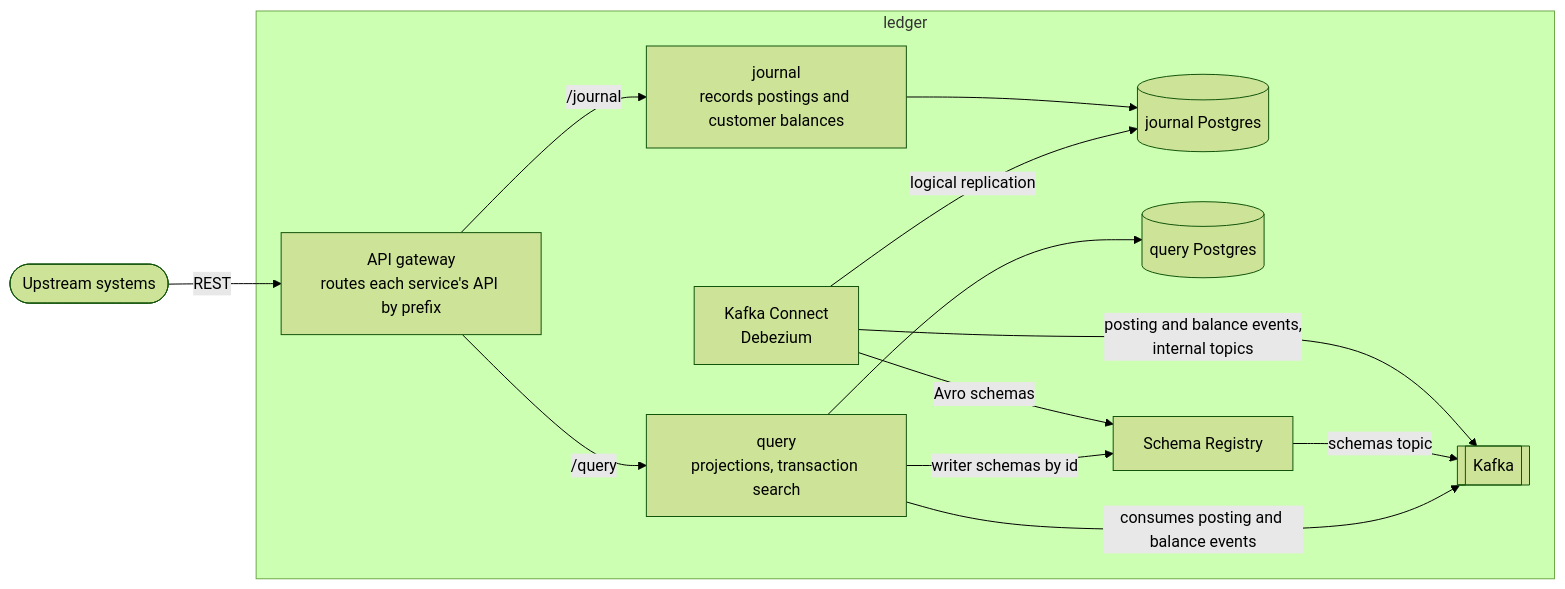
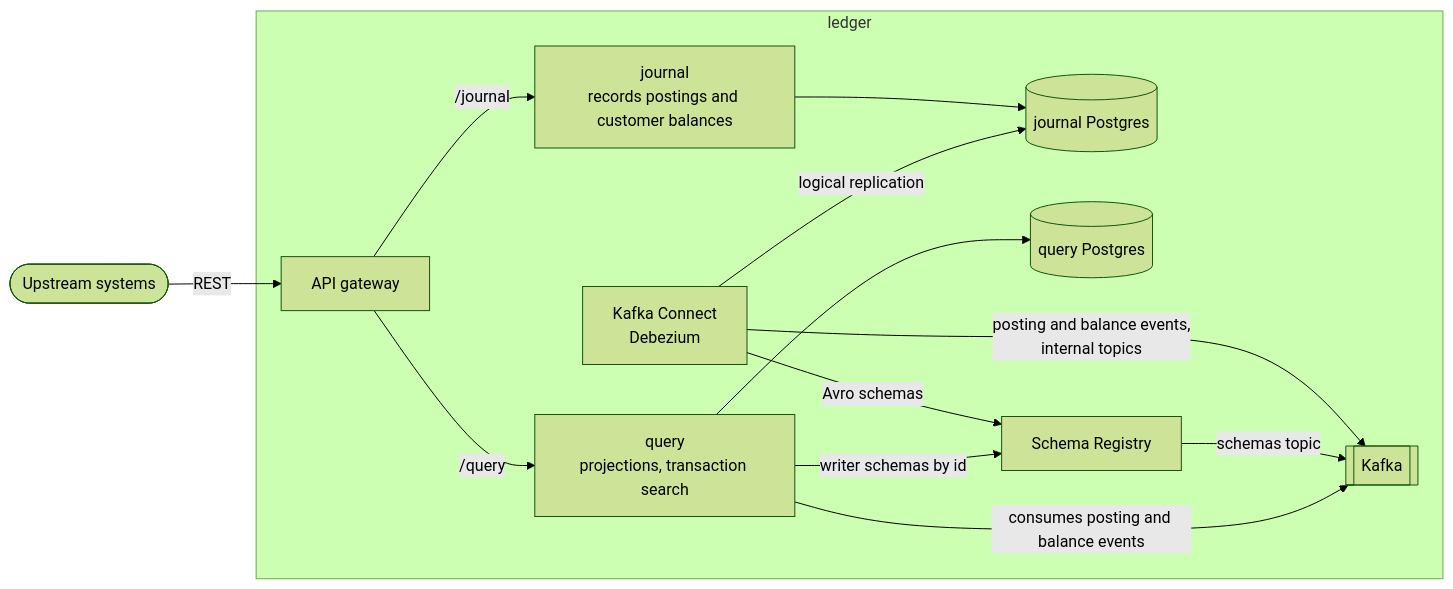
One commit to apulbere/ledger changed the diagram in docs/architecture/containers.md. Above: the diagram before and after it, drawn with Mermaid (forest theme).

Commit message:
Plain API gateway label in the container diagram

````diff
--- a/docs/architecture/containers.md
+++ b/docs/architecture/containers.md
@@ -5,25 +5,25 @@
 ```mermaid
 flowchart LR
     upstream([Upstream systems])
     subgraph ledger
-        gateway[API gateway<br/>routes each service's API by prefix]
+        gateway[API gateway]
         journal[journal<br/>records postings and customer balances]
         query[query<br/>projections, transaction search]
         journaldb[(journal Postgres)]
         querydb[(query Postgres)]
         connect[Kafka Connect<br/>Debezium]
         kafka[[Kafka]]
         registry[Schema Registry]
     end
     upstream -- "REST" --> gateway
     gateway -- "/journal" --> journal
     gateway -- "/query" --> query
     journal --> journaldb
     connect -- "logical replication" --> journaldb
     connect -- "posting and balance events,<br/>internal topics" --> kafka
     connect -- "Avro schemas" --> registry
     registry -- "schemas topic" --> kafka
     query -- "consumes posting and balance events" --> kafka
     query -- "writer schemas by id" --> registry
     query --> querydb
 ```
````
